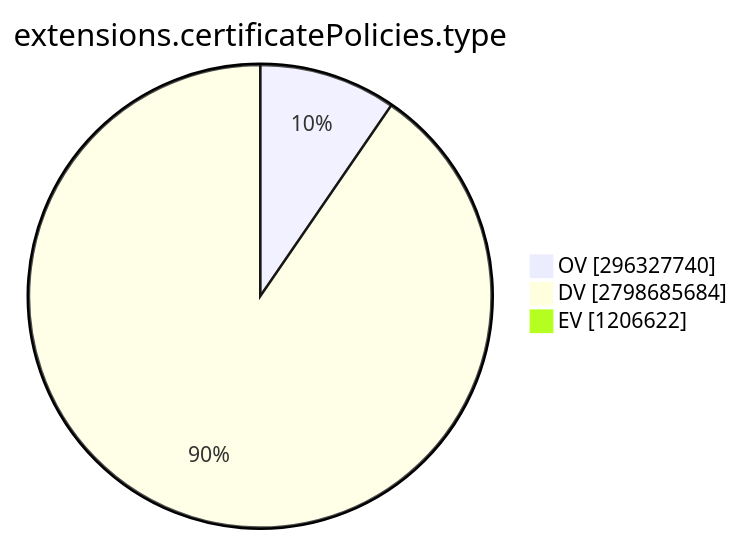
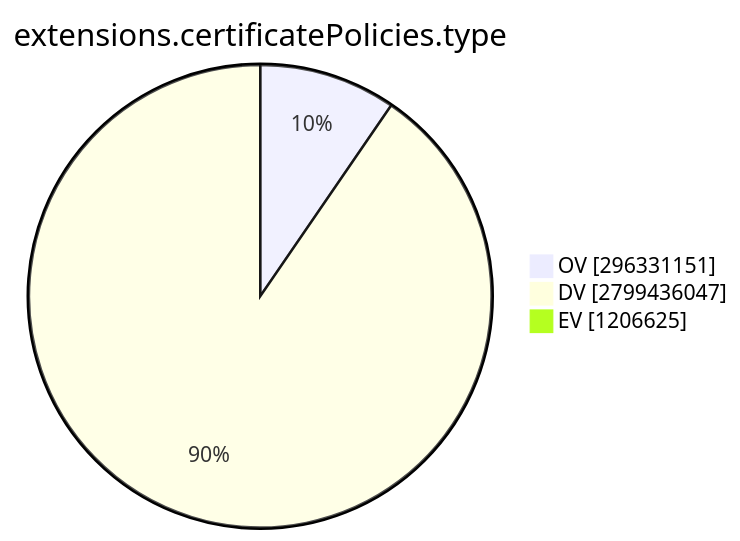
The ninth of 15 diagrams in TOTAL/README.md (christiankrug/ctmonitor_visualization), drawn with Mermaid before and after one commit. The commit also changed other lines of this file, not shown here.

````diff
--- a/TOTAL/README.md
+++ b/TOTAL/README.md
@@ -3099,7 +3099,7 @@
 ```mermaid
 pie showData
 title extensions.certificatePolicies.type
-"OV" :296327740
-"DV" :2798685684
-"EV" :1206622
+"OV" :296331151
+"DV" :2799436047
+"EV" :1206625
 ```
````
